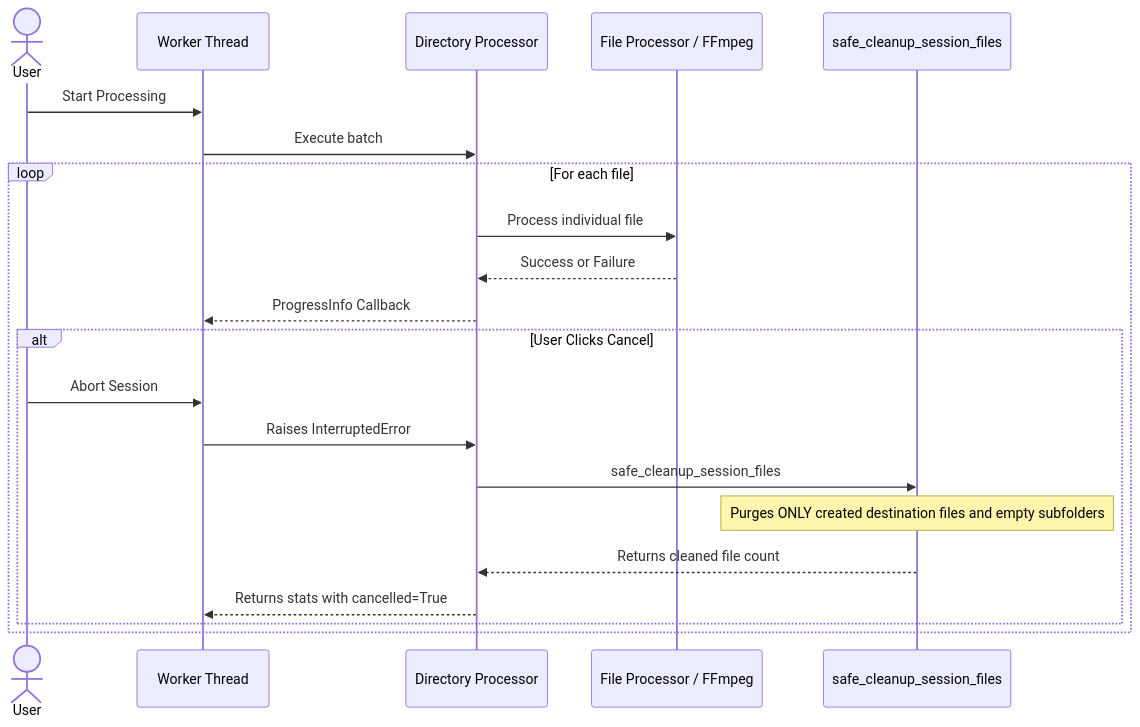
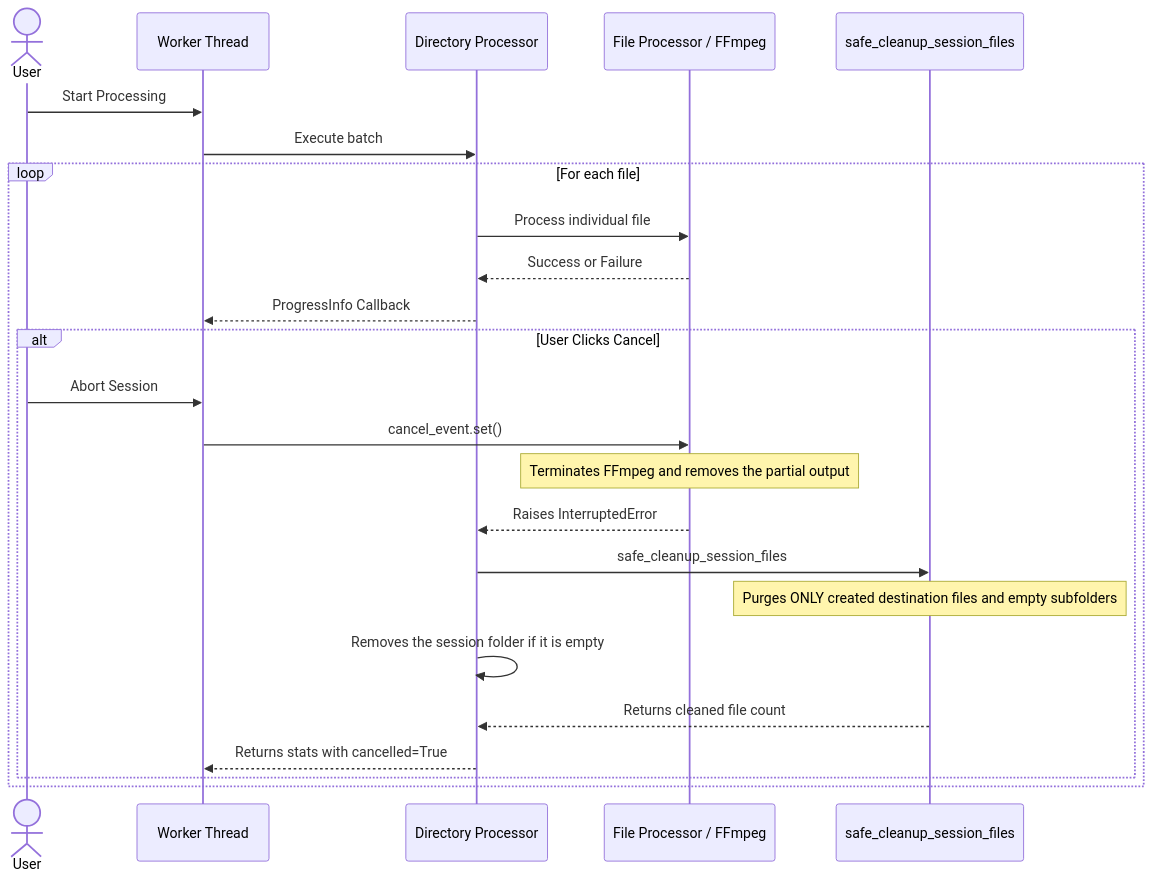
Before and after one commit to brunothinker/FallByte: the fourth of 4 diagrams in ARCHITECTURE.md, drawn with Mermaid. The commit also changed other lines of this file and 8 other files, not shown here.

````diff
--- a/ARCHITECTURE.md
+++ b/ARCHITECTURE.md
@@ -262,27 +264,30 @@
 ```mermaid
 sequenceDiagram
 
 actor User as User
 participant Worker as Worker Thread
 participant DirOrch as Directory Processor
 participant FileProc as File Processor / FFmpeg
 participant Cleanup as safe_cleanup_session_files
 
 User->>Worker: Start Processing
 Worker->>DirOrch: Execute batch
 
 loop For each file
     DirOrch->>FileProc: Process individual file
     FileProc-->>DirOrch: Success or Failure
     DirOrch-->>Worker: ProgressInfo Callback
     
     alt User Clicks Cancel
         User->>Worker: Abort Session
-        Worker->>DirOrch: Raises InterruptedError
+        Worker->>FileProc: cancel_event.set()
+        Note over FileProc: Terminates FFmpeg and removes the partial output
+        FileProc-->>DirOrch: Raises InterruptedError
         DirOrch->>Cleanup: safe_cleanup_session_files
         Note over Cleanup: Purges ONLY created destination files and empty subfolders
+        DirOrch->>DirOrch: Removes the session folder if it is empty
         Cleanup-->>DirOrch: Returns cleaned file count
         DirOrch-->>Worker: Returns stats with cancelled=True
     end
 end
 ```
````
